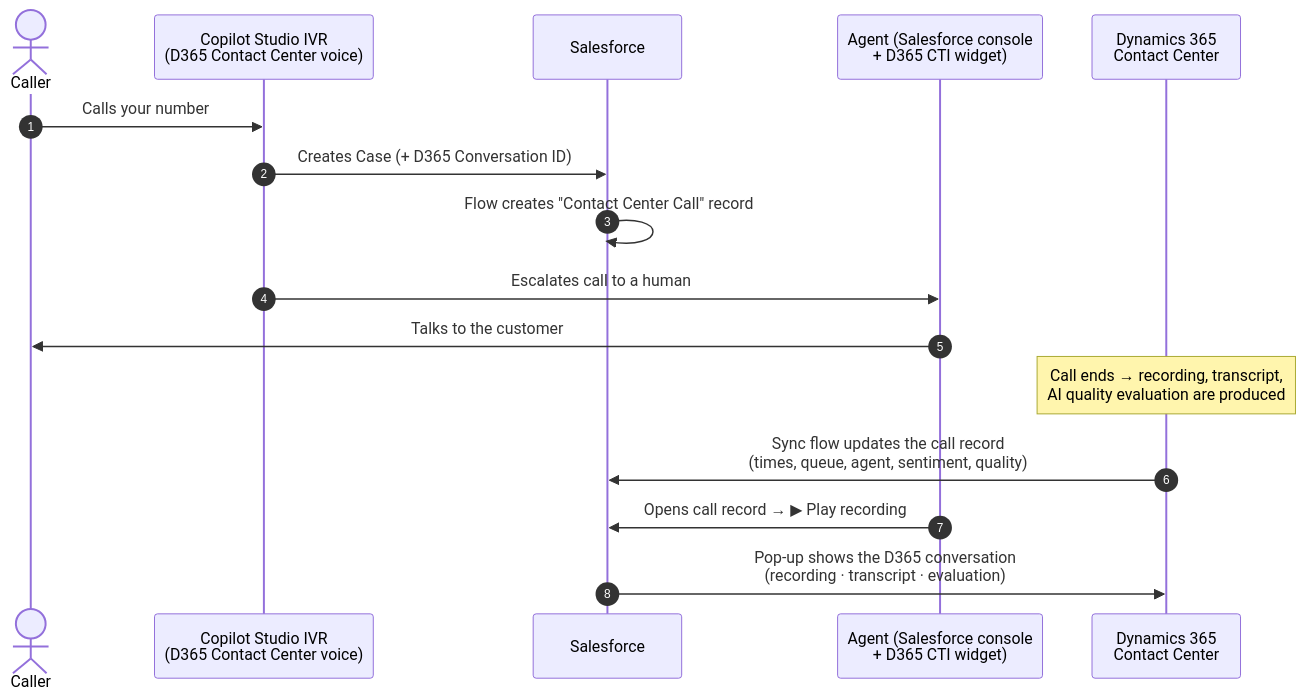
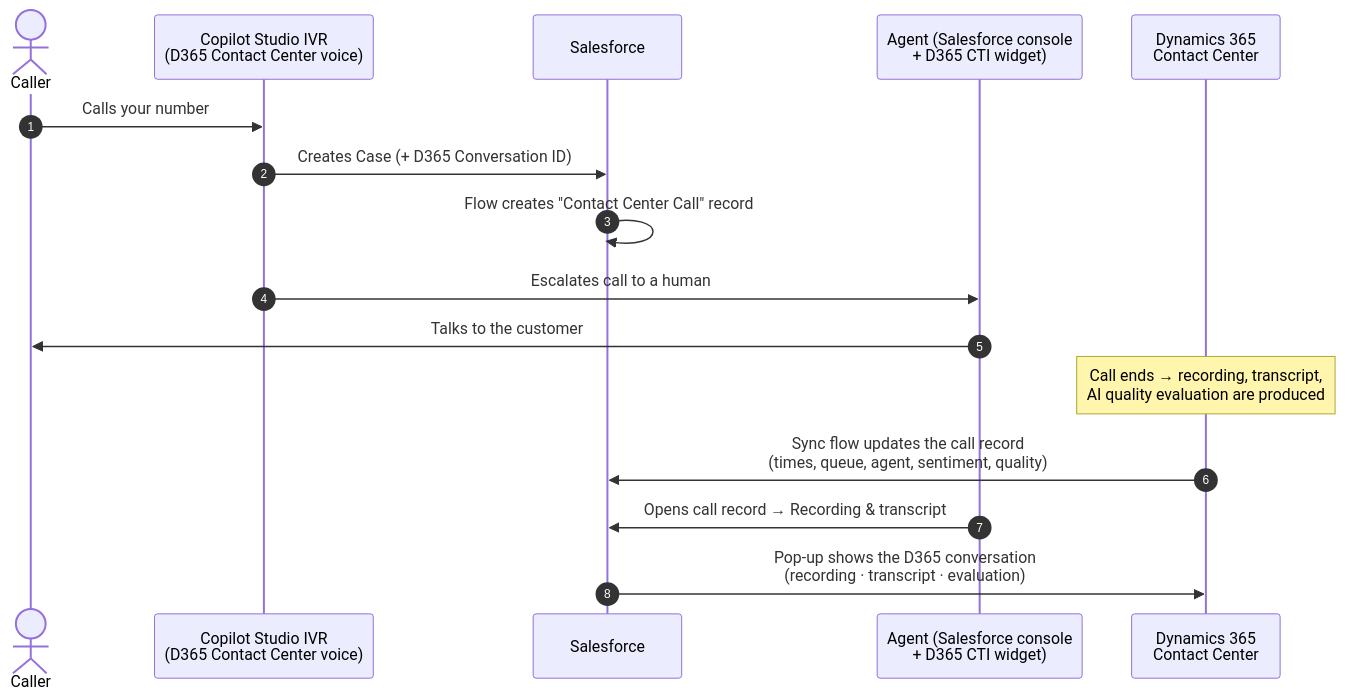
One commit to moliveirapinto/d365-contact-center-salesforce-call-journey changed the first of 2 diagrams in README.md. Above: the diagram before and after it, drawn with Mermaid. The commit also changed other lines of this file and 8 other files, not shown here.

Commit message:
Call Journey card redesigned to match the ServiceNow version: header with status, five-step timeline with Fluent icons, stat tiles, single Recording & transcript button; updated screenshots, README and package

````diff
--- a/README.md
+++ b/README.md
@@ -75,19 +75,19 @@
 ```mermaid
 sequenceDiagram
     autonumber
     actor Caller
     participant IVR as Copilot Studio IVR<br/>(D365 Contact Center voice)
     participant SF as Salesforce
     participant Agent as Agent (Salesforce console<br/>+ D365 CTI widget)
     participant D365 as Dynamics 365<br/>Contact Center
 
     Caller->>IVR: Calls your number
     IVR->>SF: Creates Case (+ D365 Conversation ID)
     SF->>SF: Flow creates "Contact Center Call" record
     IVR->>Agent: Escalates call to a human
     Agent->>Caller: Talks to the customer
     Note over D365: Call ends → recording, transcript,<br/>AI quality evaluation are produced
     D365->>SF: Sync flow updates the call record<br/>(times, queue, agent, sentiment, quality)
-    Agent->>SF: Opens call record → ▶ Play recording
+    Agent->>SF: Opens call record → Recording & transcript
     SF->>D365: Pop-up shows the D365 conversation<br/>(recording · transcript · evaluation)
 ```
````
